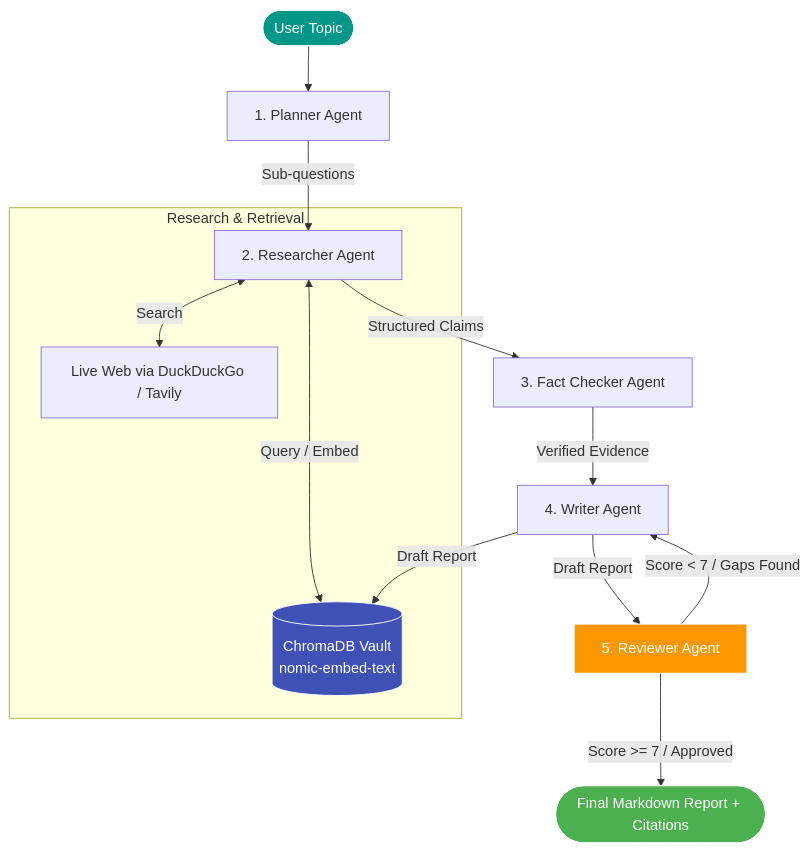
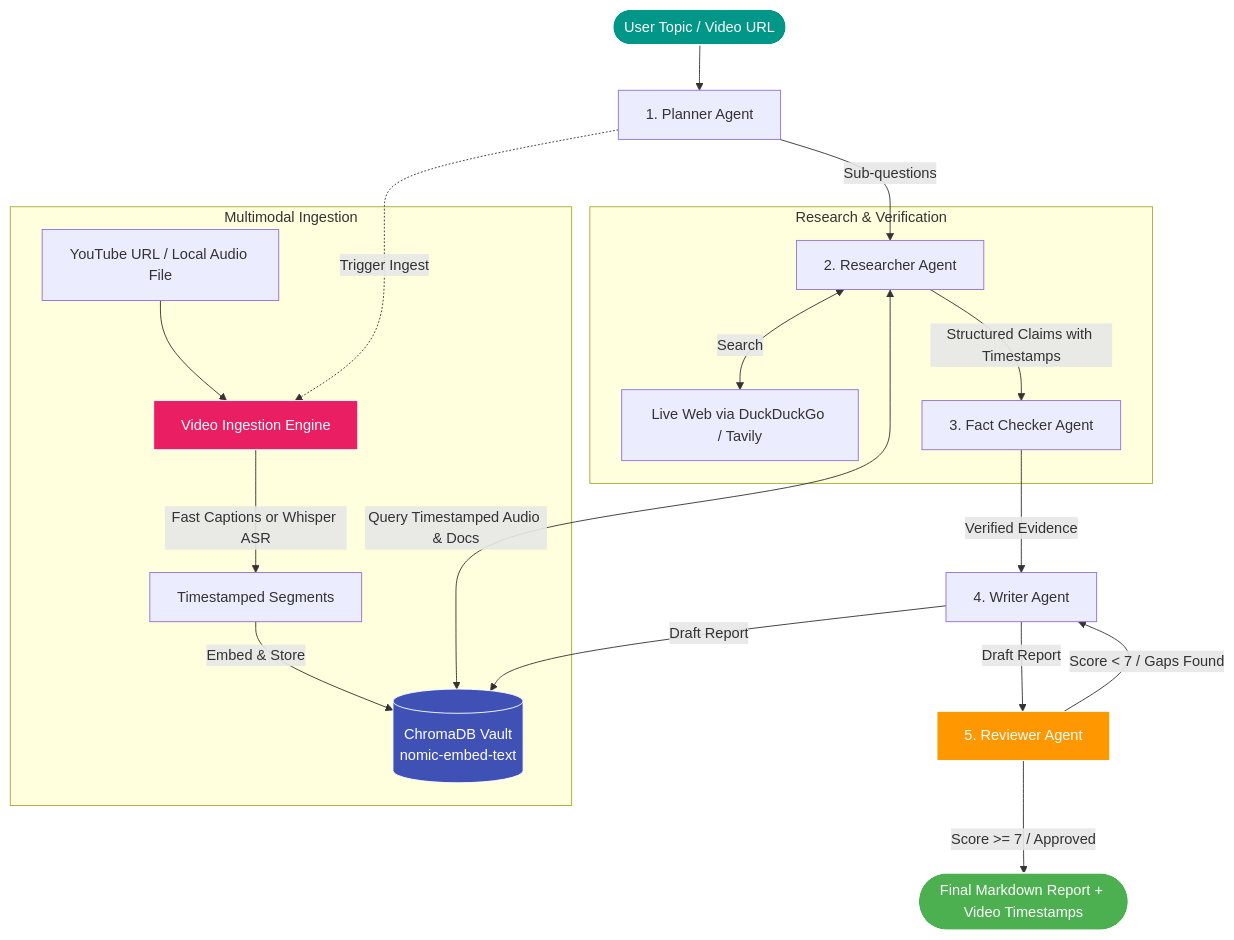
One commit to shivbu22/Marat changed the diagram in README.md. Above: the diagram before and after it, drawn with Mermaid. The commit also changed other lines of this file and 14 other files, not shown here.

Commit message:
feat: add multimodal lecture transcription and video RAG pipeline

````diff
--- a/README.md
+++ b/README.md
@@ -44,23 +44,32 @@
 ```mermaid
 flowchart TD
-    Start([User Topic]) --> Planner[1. Planner Agent]
+    Start([User Topic / Video URL]) --> Planner[1. Planner Agent]
+    
+    subgraph Multimodal Ingestion
+        MediaIn[YouTube URL / Local Audio File] --> VideoTool[Video Ingestion Engine]
+        VideoTool -->|Fast Captions or Whisper ASR| Segments[Timestamped Segments]
+        Segments -->|Embed & Store| RAG[(ChromaDB Vault\nnomic-embed-text)]
+    end
+
     Planner -->|Sub-questions| Researcher[2. Researcher Agent]
+    Planner -.->|Trigger Ingest| VideoTool
     
-    subgraph Research & Retrieval
+    subgraph Research & Verification
         Researcher <-->|Search| Web[Live Web via DuckDuckGo / Tavily]
-        Researcher <-->|Query / Embed| RAG[(ChromaDB Vault\nnomic-embed-text)]
+        Researcher <-->|Query Timestamped Audio & Docs| RAG
+        Researcher -->|Structured Claims with Timestamps| FactChecker[3. Fact Checker Agent]
     end
     
-    Researcher -->|Structured Claims| FactChecker[3. Fact Checker Agent]
     FactChecker -->|Verified Evidence| Writer[4. Writer Agent]
     Writer -->|Draft Report| RAG
     Writer -->|Draft Report| Reviewer[5. Reviewer Agent]
     
     Reviewer -->|Score < 7 / Gaps Found| Writer
-    Reviewer -->|Score >= 7 / Approved| Done([Final Markdown Report + Citations])
+    Reviewer -->|Score >= 7 / Approved| Done([Final Markdown Report + Video Timestamps])
 
     style Start fill:#009688,stroke:#fff,color:#fff
     style Done fill:#4caf50,stroke:#fff,color:#fff
     style RAG fill:#3f51b5,stroke:#fff,color:#fff
     style Reviewer fill:#ff9800,stroke:#fff,color:#fff
+    style VideoTool fill:#e91e63,stroke:#fff,color:#fff
 ```
````
